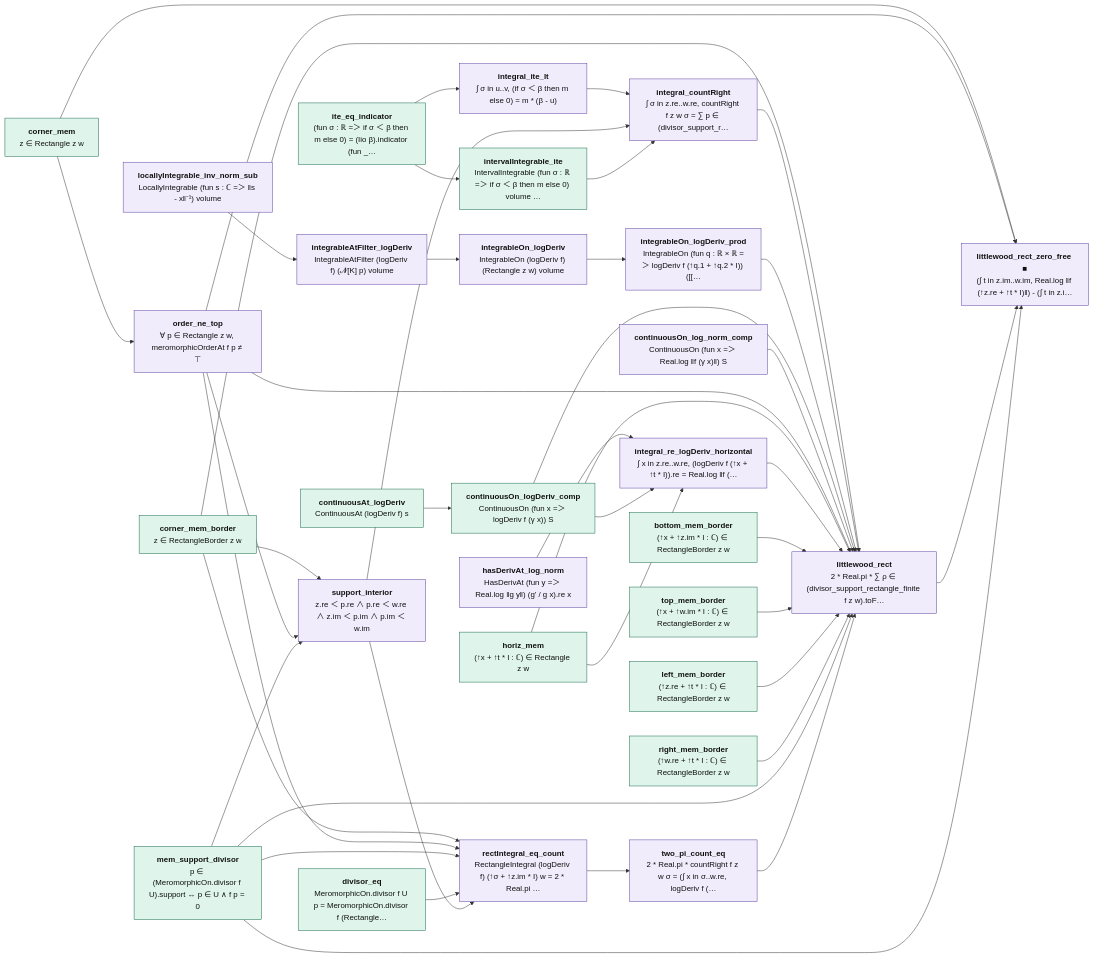
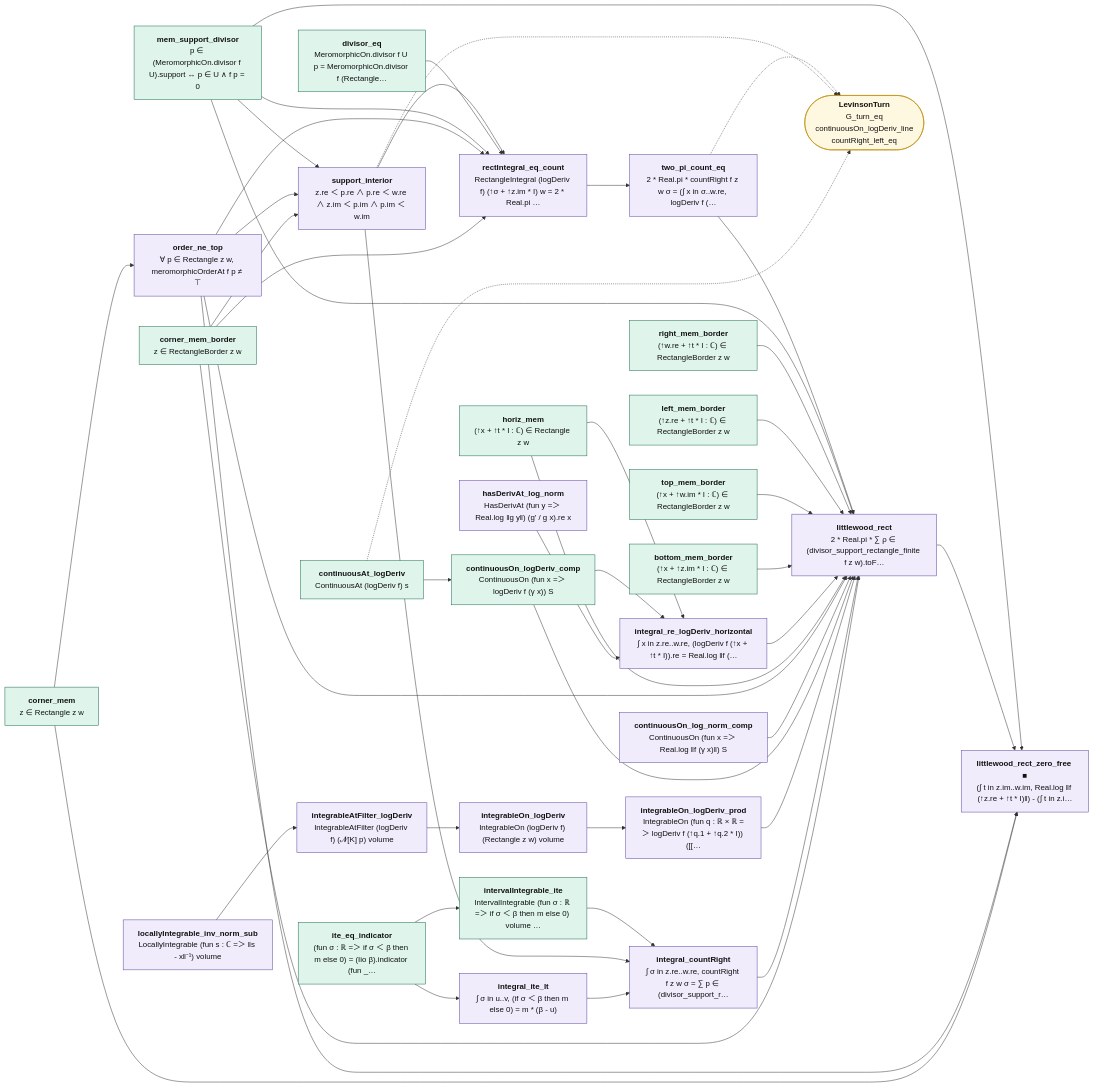
The diagram in map/lean_stage3/Littlewood.mmd (juliansambranojr/Primebeat_081426), drawn with Mermaid before and after one commit. The commit also changed 14 other files, not shown here.

```diff
--- a/map/lean_stage3/Littlewood.mmd
+++ b/map/lean_stage3/Littlewood.mmd
@@ -1,77 +1,81 @@
 flowchart LR
   n0["<b>corner_mem</b><br/>z ∈ Rectangle z w"]:::cnt
   n1["<b>corner_mem_border</b><br/>z ∈ RectangleBorder z w"]:::cnt
   n2["<b>order_ne_top</b><br/>∀ p ∈ Rectangle z w, meromorphicOrderAt f p ≠ ⊤"]:::shp
   n3["<b>mem_support_divisor</b><br/>p ∈ (MeromorphicOn.divisor f U).support ↔ p ∈ U ∧ f p = 0"]:::cnt
   n4["<b>divisor_eq</b><br/>MeromorphicOn.divisor f U p = MeromorphicOn.divisor f (Rectangle…"]:::cnt
   n5["<b>support_interior</b><br/>z.re ＜ p.re ∧ p.re ＜ w.re ∧ z.im ＜ p.im ∧ p.im ＜ w.im"]:::shp
   n6["<b>rectIntegral_eq_count</b><br/>RectangleIntegral (logDeriv f) (↑σ + ↑z.im * I) w = 2 * Real.pi …"]:::shp
   n7["<b>two_pi_count_eq</b><br/>2 * Real.pi * countRight f z w σ = (∫ x in σ..w.re, logDeriv f (…"]:::shp
   n8["<b>ite_eq_indicator</b><br/>(fun σ : ℝ =＞ if σ ＜ β then m else 0) = (Iio β).indicator (fun _…"]:::cnt
   n9["<b>intervalIntegrable_ite</b><br/>IntervalIntegrable (fun σ : ℝ =＞ if σ ＜ β then m else 0) volume …"]:::cnt
   n10["<b>integral_ite_lt</b><br/>∫ σ in u..v, (if σ ＜ β then m else 0) = m * (β - u)"]:::shp
   n11["<b>integral_countRight</b><br/>∫ σ in z.re..w.re, countRight f z w σ = ∑ p ∈ (divisor_support_r…"]:::shp
   n12["<b>locallyIntegrable_inv_norm_sub</b><br/>LocallyIntegrable (fun s : ℂ =＞ ‖s - x‖⁻¹) volume"]:::shp
   n13["<b>integrableAtFilter_logDeriv</b><br/>IntegrableAtFilter (logDeriv f) (𝓝[K] p) volume"]:::shp
   n14["<b>integrableOn_logDeriv</b><br/>IntegrableOn (logDeriv f) (Rectangle z w) volume"]:::shp
   n15["<b>integrableOn_logDeriv_prod</b><br/>IntegrableOn (fun q : ℝ × ℝ =＞ logDeriv f (↑q.1 + ↑q.2 * I)) ([[…"]:::shp
   n16["<b>hasDerivAt_log_norm</b><br/>HasDerivAt (fun y =＞ Real.log ‖g y‖) (g' / g x).re x"]:::shp
   n17["<b>continuousAt_logDeriv</b><br/>ContinuousAt (logDeriv f) s"]:::cnt
   n18["<b>continuousOn_logDeriv_comp</b><br/>ContinuousOn (fun x =＞ logDeriv f (γ x)) S"]:::cnt
   n19["<b>continuousOn_log_norm_comp</b><br/>ContinuousOn (fun x =＞ Real.log ‖f (γ x)‖) S"]:::shp
   n20["<b>horiz_mem</b><br/>(↑x + ↑t * I : ℂ) ∈ Rectangle z w"]:::cnt
   n21["<b>integral_re_logDeriv_horizontal</b><br/>∫ x in z.re..w.re, (logDeriv f (↑x + ↑t * I)).re = Real.log ‖f (…"]:::shp
   n22["<b>bottom_mem_border</b><br/>(↑x + ↑z.im * I : ℂ) ∈ RectangleBorder z w"]:::cnt
   n23["<b>top_mem_border</b><br/>(↑x + ↑w.im * I : ℂ) ∈ RectangleBorder z w"]:::cnt
   n24["<b>left_mem_border</b><br/>(↑z.re + ↑t * I : ℂ) ∈ RectangleBorder z w"]:::cnt
   n25["<b>right_mem_border</b><br/>(↑w.re + ↑t * I : ℂ) ∈ RectangleBorder z w"]:::cnt
   n26["<b>littlewood_rect</b><br/>2 * Real.pi * ∑ ρ ∈ (divisor_support_rectangle_finite f z w).toF…"]:::shp
   n27["<b>littlewood_rect_zero_free ■</b><br/>(∫ t in z.im..w.im, Real.log ‖f (↑z.re + ↑t * I)‖) - (∫ t in z.i…"]:::shp
+  x0(["<b>LevinsonTurn</b><br/>G_turn_eq<br/>continuousOn_logDeriv_line<br/>countRight_left_eq"]):::ext
   n0 --> n2
   n0 --> n27
   n1 --> n26
   n1 --> n5
   n1 --> n6
   n10 --> n11
   n11 --> n26
   n12 --> n13
   n13 --> n14
   n14 --> n15
   n15 --> n26
   n16 --> n21
   n17 --> n18
   n18 --> n21
   n18 --> n26
   n19 --> n26
   n2 --> n26
   n2 --> n27
   n2 --> n5
   n2 --> n6
   n20 --> n21
   n20 --> n26
   n21 --> n26
   n22 --> n26
   n23 --> n26
   n24 --> n26
   n25 --> n26
   n26 --> n27
   n3 --> n26
   n3 --> n27
   n3 --> n5
   n3 --> n6
   n4 --> n6
   n5 --> n11
   n5 --> n6
   n6 --> n7
   n7 --> n26
   n8 --> n10
   n8 --> n9
   n9 --> n11
+  n17 -.-> x0
+  n5 -.-> x0
+  n7 -.-> x0
   classDef cnt fill:#dff5ec,stroke:#17694a,color:#111
   classDef shp fill:#f1ecfb,stroke:#5b3fa0,color:#111
   classDef rh fill:#ffe5e5,stroke:#c22,color:#111,stroke-width:2px
   classDef thm fill:#eef4ff,stroke:#335,color:#111
   classDef end_ fill:#e7f7e7,stroke:#2a7,color:#111,stroke-width:2px
   classDef lone fill:#fff,stroke:#999,color:#111,stroke-dasharray:4 3
   classDef bad fill:#ffe5e5,stroke:#c22,color:#111,stroke-width:2px
   classDef ext fill:#fff8e1,stroke:#b80,color:#111
```
